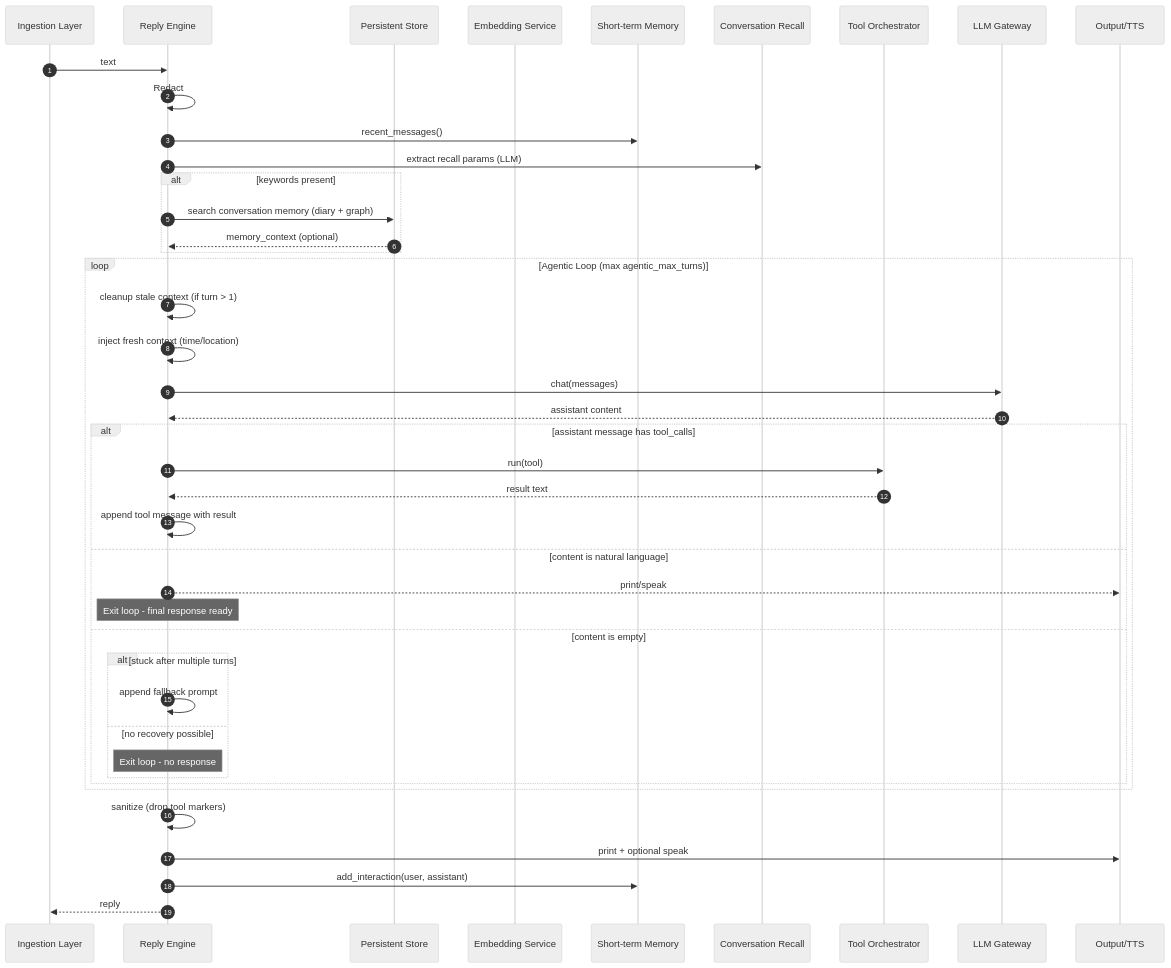
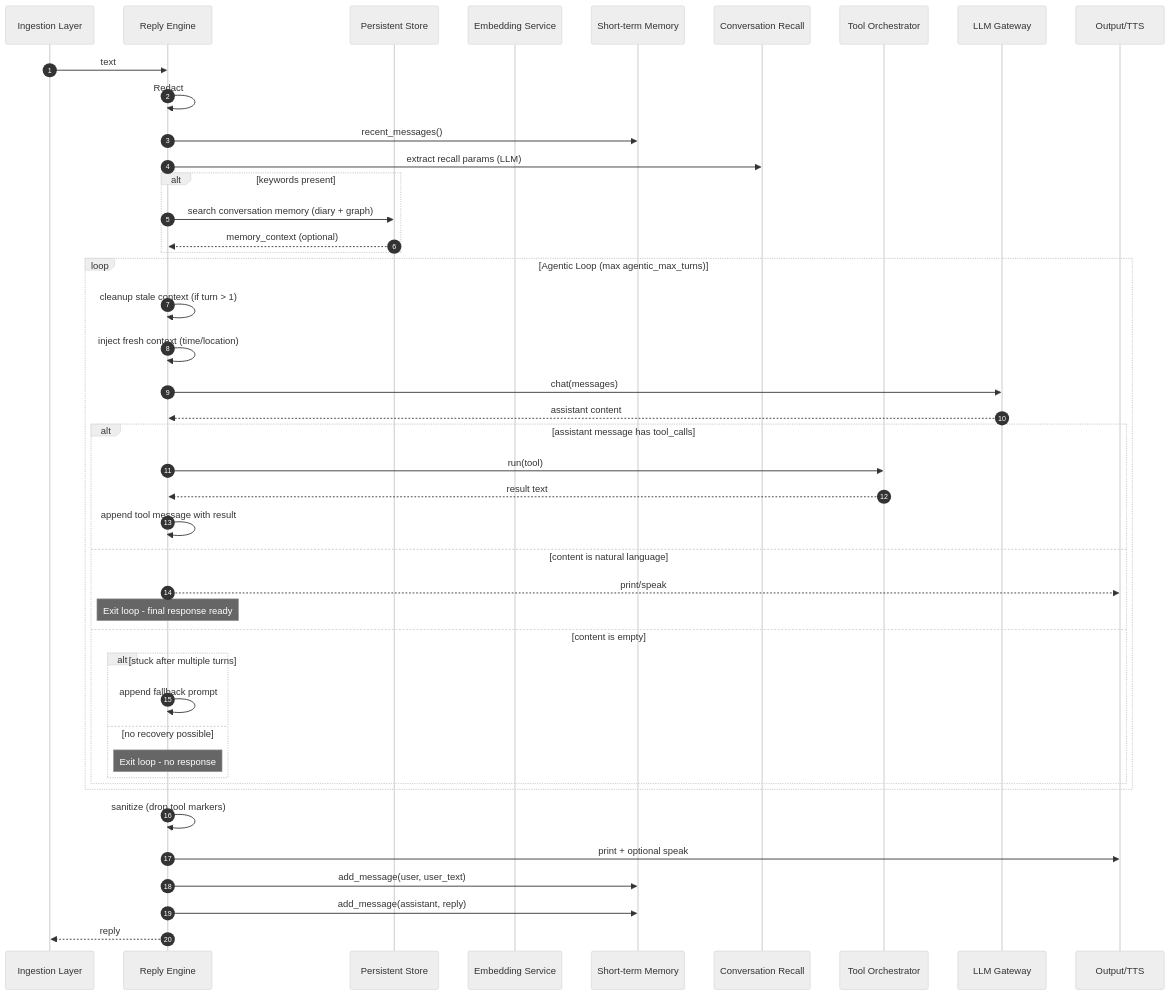
One commit to isair/jarvis changed the diagram in src/jarvis/reply/reply.spec.md. Above: the diagram before and after it, drawn with Mermaid (neutral theme). The commit also changed 2 other files, not shown here.

Commit message:
refactor: use role-based dialogue messages throughout (#950)
The reply engine records individual user and assistant messages, but diary tests and the sequence diagram still used an unused compatibility wrapper. Remove that internal wrapper and exercise the same role-based API everywhere.

The consolidated tests check chronological order, literal role-looking content, and redaction across actual user and assistant messages. The 67 focused tests pass before and after removal. No production caller, prompt or inference behaviour changes. Full unit results and final CI are recorded in the private review.

````diff
--- a/src/jarvis/reply/reply.spec.md
+++ b/src/jarvis/reply/reply.spec.md
@@ -199,49 +199,50 @@
 ```mermaid
 sequenceDiagram
   autonumber
   participant Caller as Ingestion Layer
   participant Engine as Reply Engine
   participant Store as Persistent Store
   participant Emb as Embedding Service
   participant ShortMem as Short-term Memory
   participant Recall as Conversation Recall
   participant Tools as Tool Orchestrator
   participant LLM as LLM Gateway
   participant Out as Output/TTS
 
   Caller->>Engine: text
   Engine->>Engine: Redact
   Engine->>ShortMem: recent_messages()
   Engine->>Recall: extract recall params (LLM)
   alt keywords present
     Engine->>Store: search conversation memory (diary + graph)
     Store-->>Engine: memory_context (optional)
   end
   
   loop Agentic Loop (max agentic_max_turns)
     Engine->>Engine: cleanup stale context (if turn > 1)
     Engine->>Engine: inject fresh context (time/location)
     Engine->>LLM: chat(messages)
     LLM-->>Engine: assistant content
     
     alt assistant message has tool_calls
       Engine->>Tools: run(tool)
       Tools-->>Engine: result text
       Engine->>Engine: append tool message with result
     else content is natural language
       Engine-->>Out: print/speak
       Note over Engine: Exit loop - final response ready
     else content is empty
       alt stuck after multiple turns
         Engine->>Engine: append fallback prompt
       else no recovery possible
         Note over Engine: Exit loop - no response
       end
     end
   end
   
   Engine->>Engine: sanitize (drop tool markers)
   Engine->>Out: print + optional speak
-  Engine->>ShortMem: add_interaction(user, assistant)
+  Engine->>ShortMem: add_message(user, user_text)
+  Engine->>ShortMem: add_message(assistant, reply)
   Engine-->>Caller: reply
 ```
````
